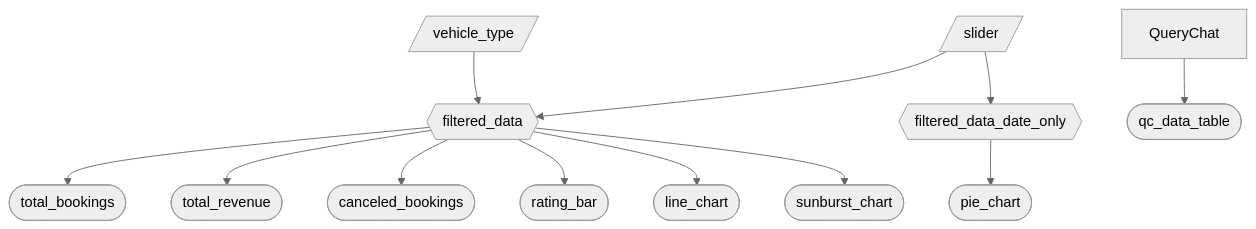
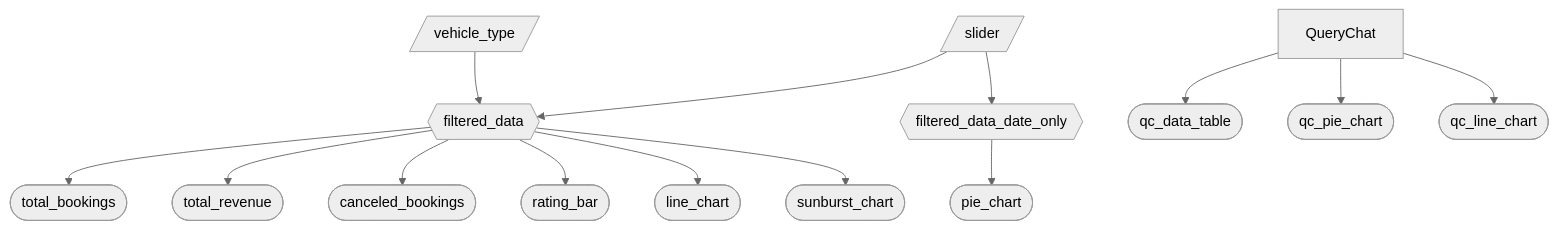
Before and after one commit to UBC-MDS/DSCI-532_2026_32_Uber_dashboard: the diagram in reports/m2_spec.md, drawn with Mermaid (neutral theme). The commit also changed other lines of this file, not shown here.

Commit message:
Update spec doc with QueryChat output components

````diff
--- a/reports/m2_spec.md
+++ b/reports/m2_spec.md
@@ -33,17 +37,19 @@
 ```mermaid
 flowchart TD
   A[/slider/] --> F{{filtered_data}}
   B[/vehicle_type/] --> F
   A --> G{{filtered_data_date_only}}
 
   F --> T1([total_bookings])
   F --> T2([total_revenue])
   F --> T3([canceled_bookings])
   F --> P1([rating_bar])
   F --> P2([line_chart])
   F --> P4([sunburst_chart])
 
   G --> P3([pie_chart])
 
   QueryChat --> D([qc_data_table])
+  QueryChat --> QP([qc_pie_chart])
+  QueryChat --> QL([qc_line_chart])
 ```
````
